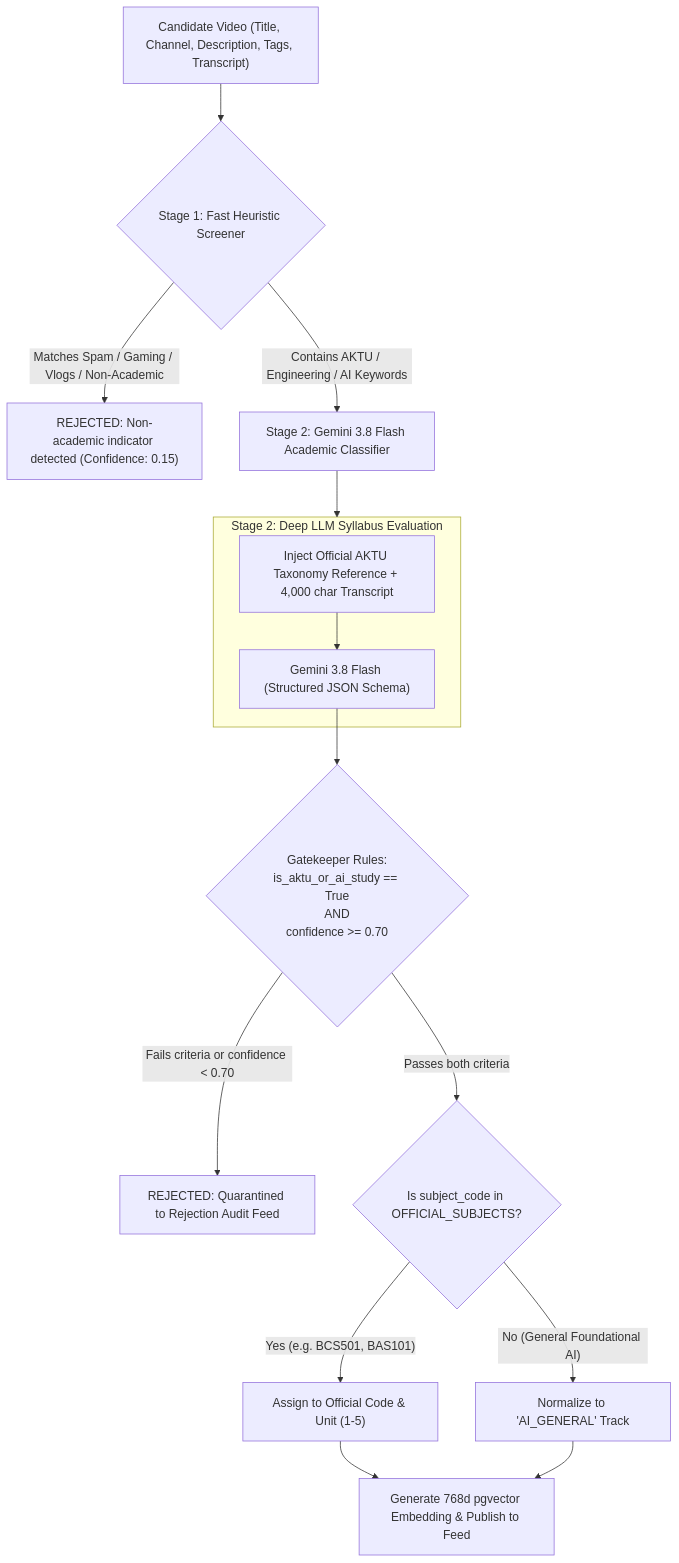
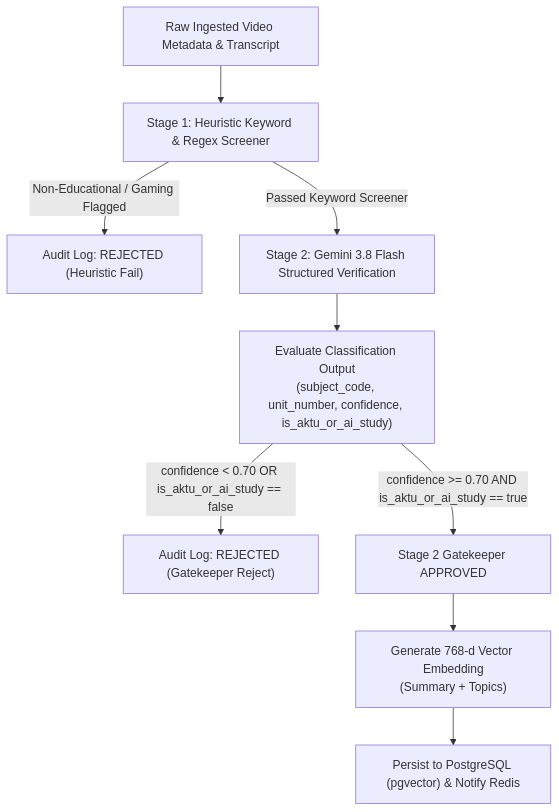
One commit to shivanshSWE-cmd/aktu-stream-ai changed the second of 5 diagrams in ARCHITECTURE.md. Above: the diagram before and after it, drawn with Mermaid. The commit also changed other lines of this file and 42 other files, not shown here.

Commit message:
feat: complete modular architecture for backend and frontend with UnifiedPlayer and syllabus routing

````diff
--- a/ARCHITECTURE.md
+++ b/ARCHITECTURE.md
@@ -130,25 +33,11 @@
 ```mermaid
 flowchart TD
-    VideoInput["Candidate Video (Title, Channel, Description, Tags, Transcript)"] --> Stage1{"Stage 1: Fast Heuristic Screener"}
-
-    Stage1 -->|"Matches Spam / Gaming / Vlogs / Non-Academic"| RejectS1["REJECTED: Non-academic indicator detected (Confidence: 0.15)"]
-    Stage1 -->|"Contains AKTU / Engineering / AI Keywords"| Stage2["Stage 2: Gemini 3.8 Flash Academic Classifier"]
-
-    subgraph Stage2Eval["Stage 2: Deep LLM Syllabus Evaluation"]
-        PromptPrep["Inject Official AKTU Taxonomy Reference + 4,000 char Transcript"]
-        LLMCall["Gemini 3.8 Flash (Structured JSON Schema)"]
-        PromptPrep --> LLMCall
-    end
-
-    Stage2 --> Stage2Eval
-    LLMCall --> GatekeeperRules{"Gatekeeper Rules:\nis_aktu_or_ai_study == True\nAND\nconfidence >= 0.70"}
-
-    GatekeeperRules -->|"Fails criteria or confidence < 0.70"| RejectS2["REJECTED: Quarantined to Rejection Audit Feed"]
-    GatekeeperRules -->|"Passes both criteria"| CheckTaxonomy{"Is subject_code in OFFICIAL_SUBJECTS?"}
-
-    CheckTaxonomy -->|"Yes (e.g. BCS501, BAS101)"| AssignOfficial["Assign to Official Code & Unit (1-5)"]
-    CheckTaxonomy -->|"No (General Foundational AI)"| AssignAI["Normalize to 'AI_GENERAL' Track"]
-
-    AssignOfficial --> Embed["Generate 768d pgvector Embedding & Publish to Feed"]
-    AssignAI --> Embed
+    A["Raw Ingested Video Metadata & Transcript"] --> B["Stage 1: Heuristic Keyword & Regex Screener"]
+    B -- "Non-Educational / Gaming Flagged" --> R1["Audit Log: REJECTED (Heuristic Fail)"]
+    B -- "Passed Keyword Screener" --> C["Stage 2: Gemini 3.8 Flash Structured Verification"]
+    C --> D["Evaluate Classification Output<br/>(subject_code, unit_number, confidence, is_aktu_or_ai_study)"]
+    D -- "confidence < 0.70 OR is_aktu_or_ai_study == false" --> R2["Audit Log: REJECTED (Gatekeeper Reject)"]
+    D -- "confidence >= 0.70 AND is_aktu_or_ai_study == true" --> E["Stage 2 Gatekeeper APPROVED"]
+    E --> F["Generate 768-d Vector Embedding<br/>(Summary + Topics)"]
+    F --> G["Persist to PostgreSQL (pgvector) & Notify Redis"]
 ```
````
